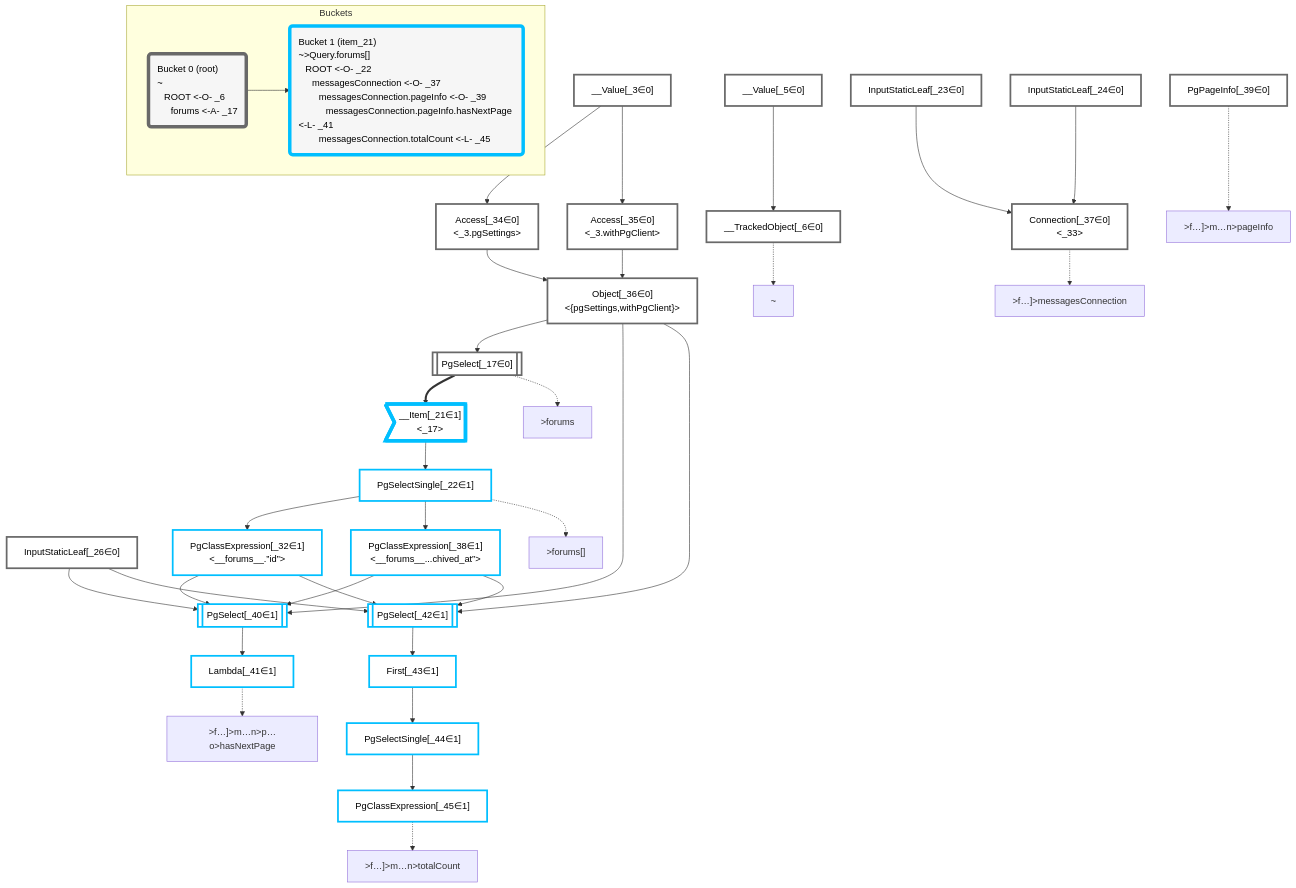
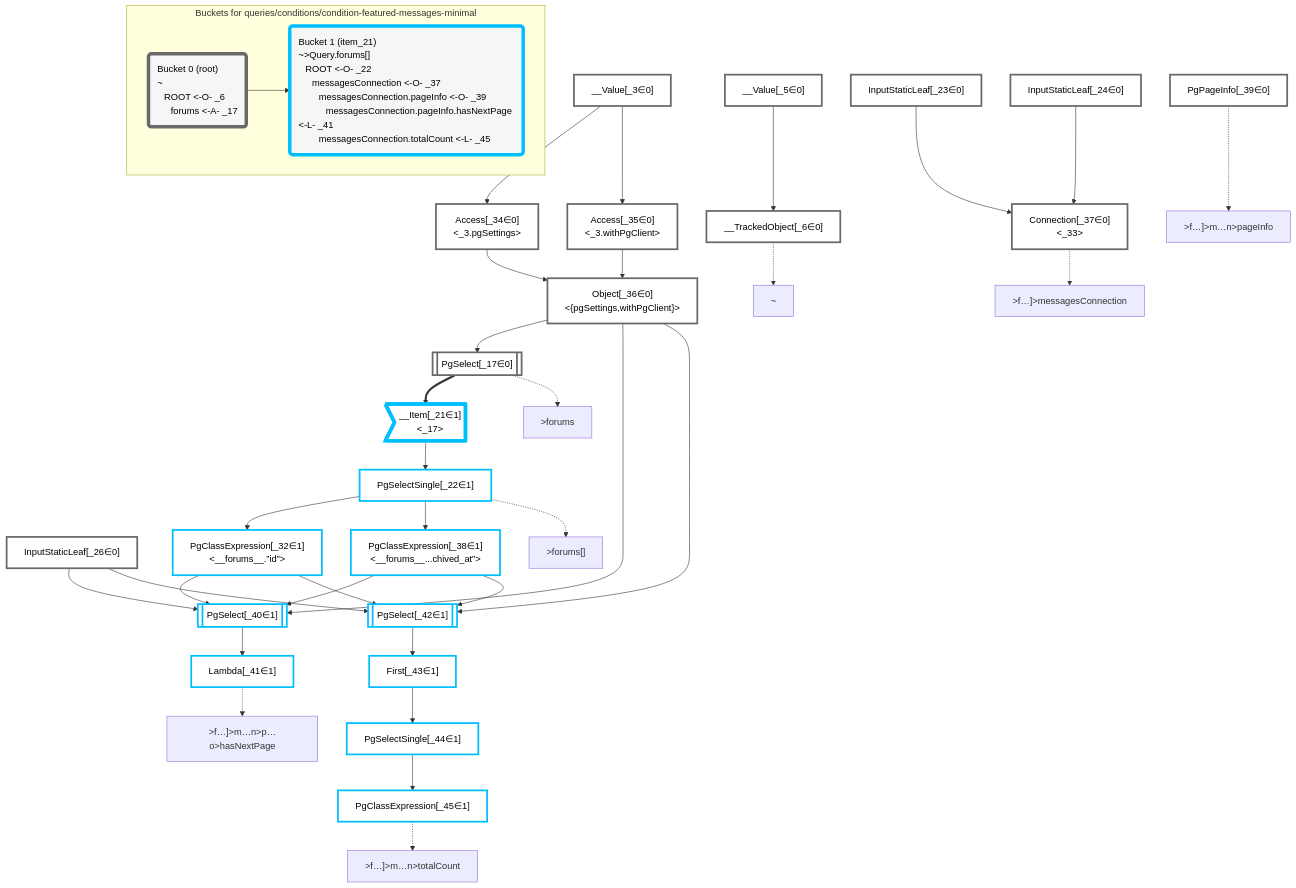
The diagram in packages/dataplan-pg/__tests__/queries/conditions/condition-featured-messages-minimal.deopt.mermaid.md (graphile/crystal), drawn with Mermaid before and after one commit. The commit also changed 195 other files, not shown here.

```diff
--- a/packages/dataplan-pg/__tests__/queries/conditions/condition-featured-messages-minimal.deopt.mermaid.md
+++ b/packages/dataplan-pg/__tests__/queries/conditions/condition-featured-messages-minimal.deopt.mermaid.md
@@ -79,7 +79,7 @@
     classDef bucket1 stroke:#00bfff
     class __Item_21,PgSelectSingle_22,PgClassExpression_32,PgClassExpression_38,PgSelect_40,Lambda_41,PgSelect_42,First_43,PgSelectSingle_44,PgClassExpression_45 bucket1
 
-    subgraph Buckets
+    subgraph "Buckets for queries/conditions/condition-featured-messages-minimal"
     Bucket0("Bucket 0 (root)<br />~<br />⠀ROOT <-O- _6<br />⠀⠀forums <-A- _17"):::bucket
     style Bucket0 stroke:#696969
     Bucket1("Bucket 1 (item_21)<br />~>Query.forums[]<br />⠀ROOT <-O- _22<br />⠀⠀messagesConnection <-O- _37<br />⠀⠀⠀messagesConnection.pageInfo <-O- _39<br />⠀⠀⠀⠀messagesConnection.pageInfo.hasNextPage <-L- _41<br />⠀⠀⠀messagesConnection.totalCount <-L- _45"):::bucket
```
